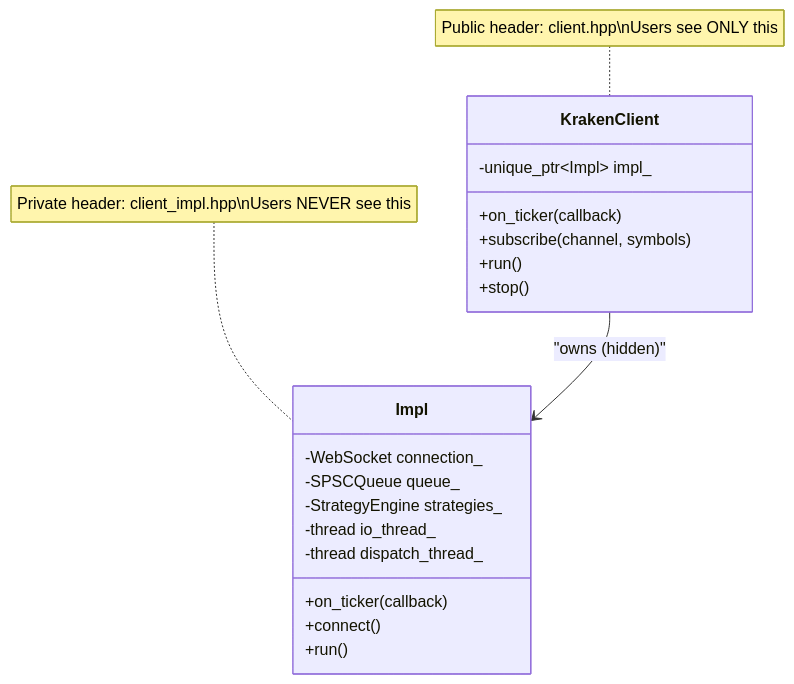
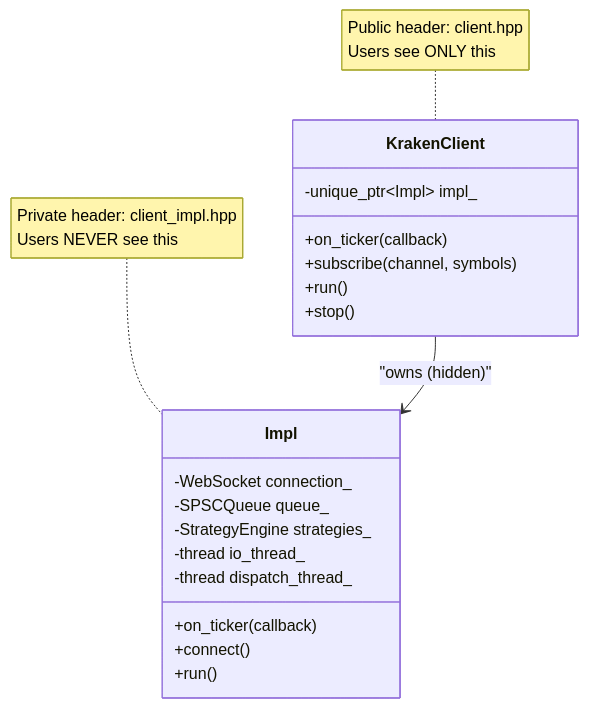
The first of 6 diagrams in learning/02_DESIGN_PATTERNS.md (kgsahil/kraken-sdk), drawn with Mermaid before and after one commit. The commit also changed other lines of this file and 6 other files, not shown here.

First line of the commit message:
docs: review interview guide for SDK accuracy, fix Mermaid diagrams

````diff
--- a/learning/02_DESIGN_PATTERNS.md
+++ b/learning/02_DESIGN_PATTERNS.md
@@ -31,25 +31,25 @@
 ```mermaid
 classDiagram
     class KrakenClient {
         -unique_ptr~Impl~ impl_
         +on_ticker(callback)
         +subscribe(channel, symbols)
         +run()
         +stop()
     }
 
     class Impl {
         -WebSocket connection_
         -SPSCQueue queue_
         -StrategyEngine strategies_
         -thread io_thread_
         -thread dispatch_thread_
         +on_ticker(callback)
         +connect()
         +run()
     }
 
     KrakenClient --> Impl : "owns (hidden)"
-    note for KrakenClient "Public header: client.hpp\nUsers see ONLY this"
-    note for Impl "Private header: client_impl.hpp\nUsers NEVER see this"
+    note for KrakenClient "Public header: client.hpp<br/>Users see ONLY this"
+    note for Impl "Private header: client_impl.hpp<br/>Users NEVER see this"
 ```
````
